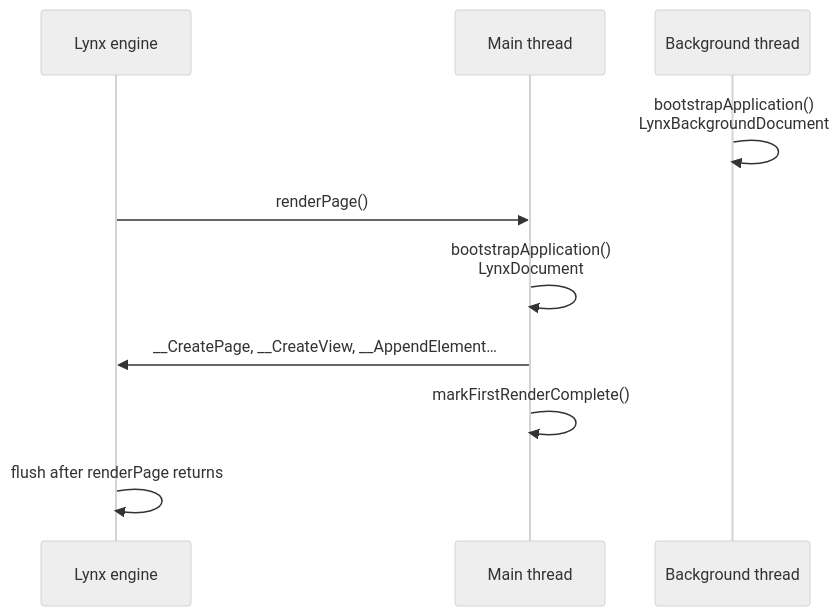
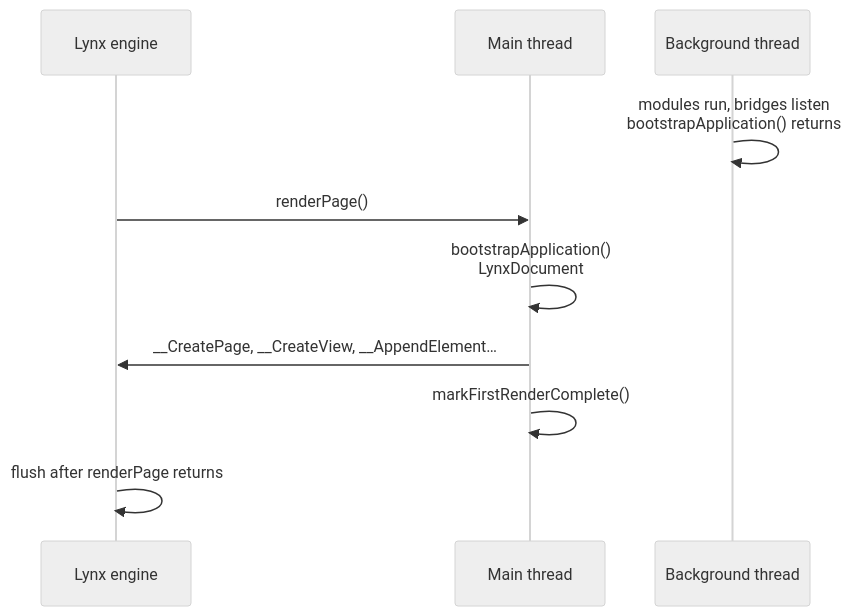
The diagram in packages/website/docs/guide/renderer-architecture.mdx (Blotch-Smart-Frames/AngularLynx), drawn with Mermaid (neutral theme) before and after one commit. The commit also changed other lines of this file and 96 other files, not shown here.

````diff
--- a/packages/website/docs/guide/renderer-architecture.mdx
+++ b/packages/website/docs/guide/renderer-architecture.mdx
@@ -24,12 +24,12 @@
 ```mermaid
 sequenceDiagram
     participant N as Lynx engine
     participant M as Main thread
     participant B as Background thread
-    B->>B: bootstrapApplication()<br/>LynxBackgroundDocument
+    B->>B: modules run, bridges listen<br/>bootstrapApplication() returns
     N->>M: renderPage()
     M->>M: bootstrapApplication()<br/>LynxDocument
     M->>N: __CreatePage, __CreateView, __AppendElement…
     M->>M: markFirstRenderComplete()
     N->>N: flush after renderPage returns
 ```
````
